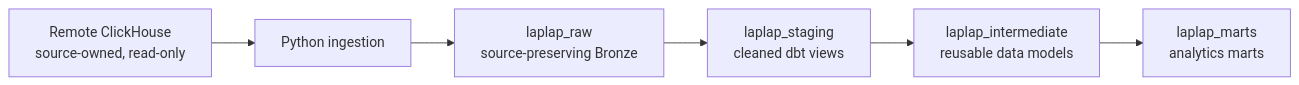
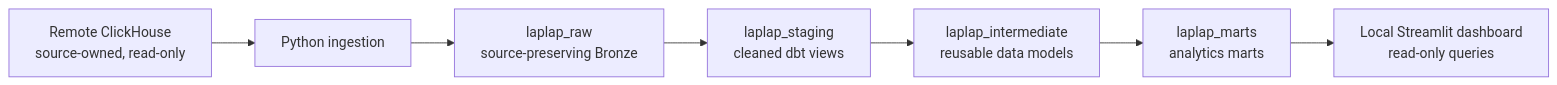
The diagram in docs/architecture.md (duckonthemic/laplaptech_data), drawn with Mermaid before and after one commit. The commit also changed other lines of this file and 7 other files, not shown here.

Commit message:
feat: add local dashboard and data quality reporting

````diff
--- a/docs/architecture.md
+++ b/docs/architecture.md
@@ -7,8 +7,9 @@
 ```mermaid
 flowchart LR
     source[Remote ClickHouse<br/>source-owned, read-only] --> ingest[Python ingestion]
     ingest --> bronze[laplap_raw<br/>source-preserving Bronze]
     bronze --> staging[laplap_staging<br/>cleaned dbt views]
     staging --> intermediate[laplap_intermediate<br/>reusable data models]
     intermediate --> gold[laplap_marts<br/>analytics marts]
+    gold --> dashboard[Local Streamlit dashboard<br/>read-only queries]
 ```
````
